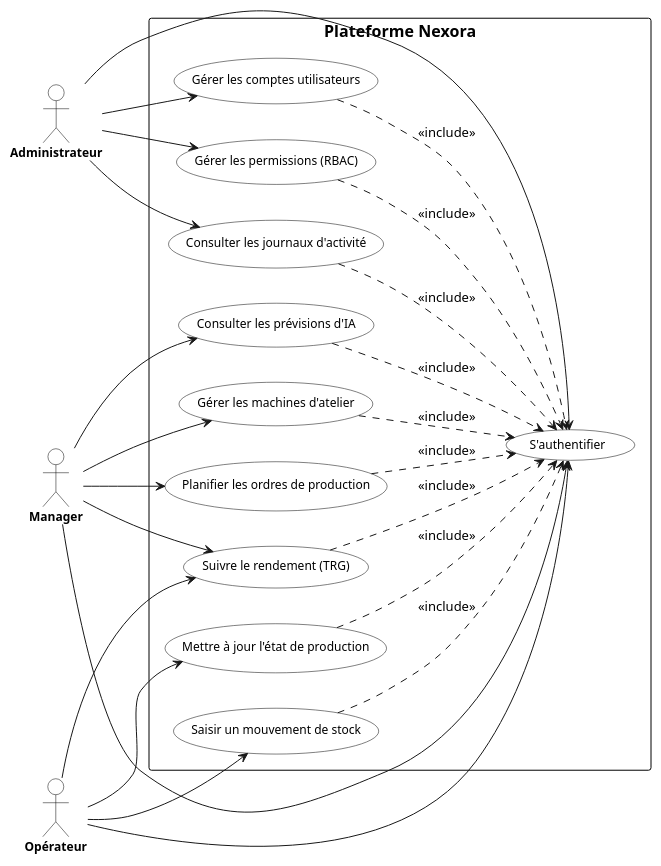
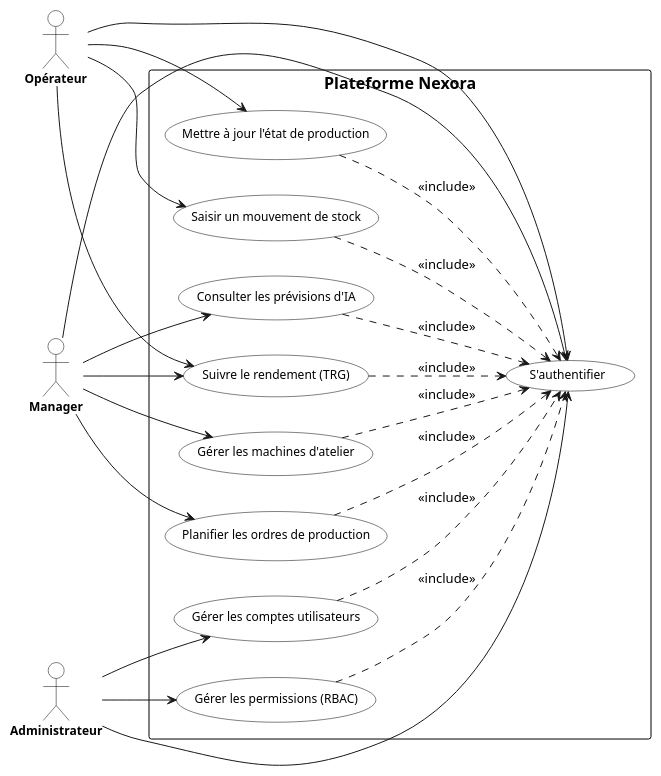
The diagram in Rapport/diagrams/global_usecase.puml (ayoubmek/PFE_data_science), drawn with PlantUML before and after one commit. The commit also changed 714 other files, not shown here.

```diff
--- a/Rapport/diagrams/global_usecase.puml
+++ b/Rapport/diagrams/global_usecase.puml
@@ -1,68 +1,65 @@
 @startuml global_usecase
 left to right direction
 skinparam usecase {
     BackgroundColor White
     BorderColor Black
     FontSize 12
     FontName Arial
 }
 skinparam actor {
     BackgroundColor White
     BorderColor Black
     FontColor Black
     FontSize 12
     FontName Arial
     FontStyle bold
 }
 skinparam rectangle {
     BackgroundColor White
     BorderColor Black
     FontSize 16
     FontName Arial
     FontStyle bold
     FontColor Black
 }
 
 actor "Opérateur" as OPE
 actor "Manager" as MGR
 actor "Administrateur" as ADM
 
 rectangle "Plateforme Nexora" {
     usecase "S'authentifier" as UC0
     usecase "Mettre à jour l'état de production" as UC1
     usecase "Saisir un mouvement de stock" as UC2
     usecase "Gérer les machines d'atelier" as UC3
     usecase "Planifier les ordres de production" as UC4
     usecase "Suivre le rendement (TRG)" as UC5
     usecase "Consulter les prévisions d'IA" as UC6
     usecase "Gérer les comptes utilisateurs" as UC7
     usecase "Gérer les permissions (RBAC)" as UC8
-    usecase "Consulter les journaux d'activité" as UC9
 }
 
 OPE --> UC0
 OPE --> UC1
 OPE --> UC2
 OPE --> UC5
 
 MGR --> UC0
 MGR --> UC3
 MGR --> UC4
 MGR --> UC5
 MGR --> UC6
 
 ADM --> UC0
 ADM --> UC7
 ADM --> UC8
-ADM --> UC9
 
 UC1 ..> UC0 : <<include>>
 UC2 ..> UC0 : <<include>>
 UC3 ..> UC0 : <<include>>
 UC4 ..> UC0 : <<include>>
 UC5 ..> UC0 : <<include>>
 UC6 ..> UC0 : <<include>>
 UC7 ..> UC0 : <<include>>
 UC8 ..> UC0 : <<include>>
-UC9 ..> UC0 : <<include>>
 @enduml
```
